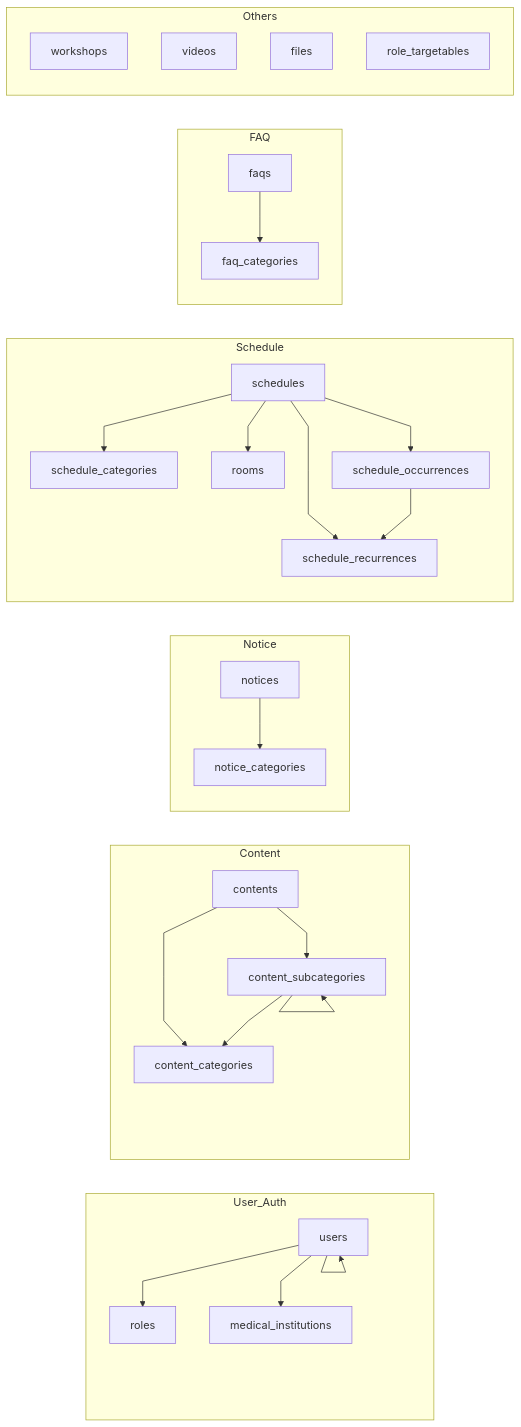
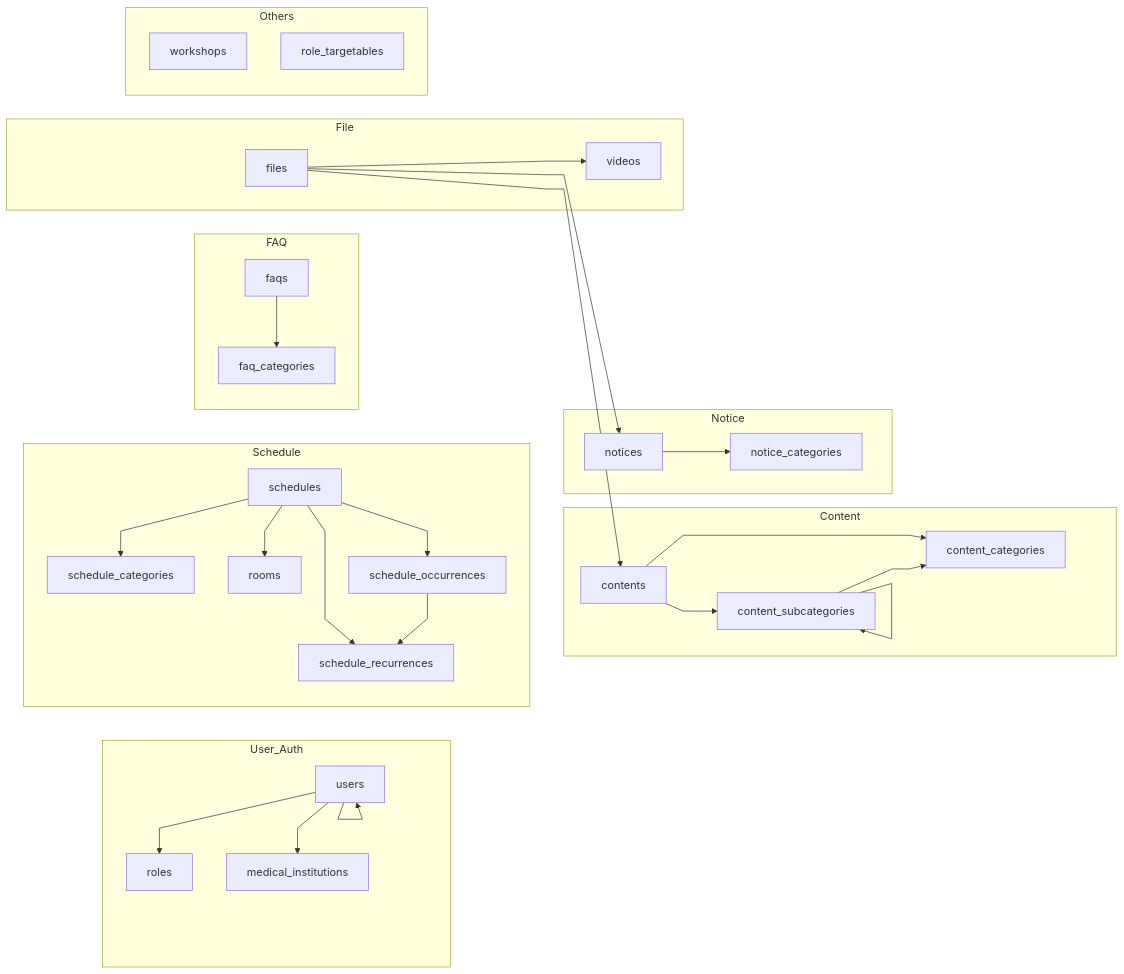
Before and after one commit to yun-0312/member-portal: the second of 2 diagrams in README.md, drawn with Mermaid. The commit also changed other lines of this file, not shown here.

Commit message:
ER図修正

````diff
--- a/README.md
+++ b/README.md
@@ -324,66 +328,76 @@
 ```mermaid
 flowchart LR
 linkStyle default interpolate linear
 
 %% ===== User / Auth =====
 subgraph User_Auth
     users[users]
     roles[roles]
     medical_institutions[medical_institutions]
 end
 
 users --> roles
 users --> medical_institutions
 users --> users
 
 %% ===== Content =====
 subgraph Content
     contents[contents]
     content_categories[content_categories]
     content_subcategories[content_subcategories]
 end
 
 contents --> content_categories
 contents --> content_subcategories
 content_subcategories --> content_categories
 content_subcategories --> content_subcategories
 
 %% ===== Notice =====
 subgraph Notice
     notices[notices]
     notice_categories[notice_categories]
 end
 
 notices --> notice_categories
 
 %% ===== Schedule =====
 subgraph Schedule
     schedules[schedules]
     schedule_categories[schedule_categories]
     schedule_recurrences[schedule_recurrences]
     schedule_occurrences[schedule_occurrences]
     rooms[rooms]
 end
 
 schedules --> schedule_categories
 schedules --> rooms
 schedules --> schedule_recurrences
 schedules --> schedule_occurrences
 schedule_occurrences --> schedule_recurrences
 
 %% ===== FAQ =====
 subgraph FAQ
     faqs[faqs]
     faq_categories[faq_categories]
 end
 
 faqs --> faq_categories
 
+%% ===== File =====
+subgraph File
+    files[files]
+    notices[notices]
+    contents[contents]
+    videos[videos]
+end
+
+files --> notices
+files --> contents
+files --> videos
+
 %% ===== Others =====
 subgraph Others
     workshops[workshops]
-    videos[videos]
-    files[files]
     role_targetables[role_targetables]
 end
 ```
````
